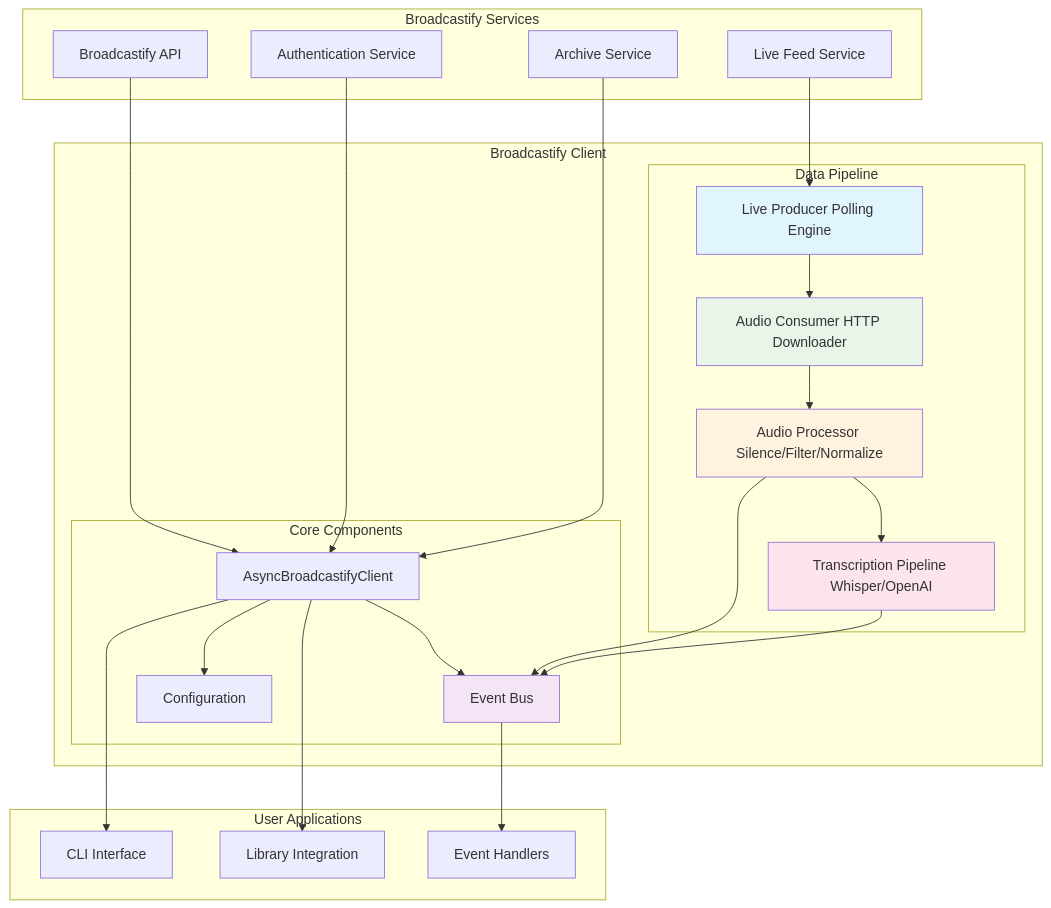
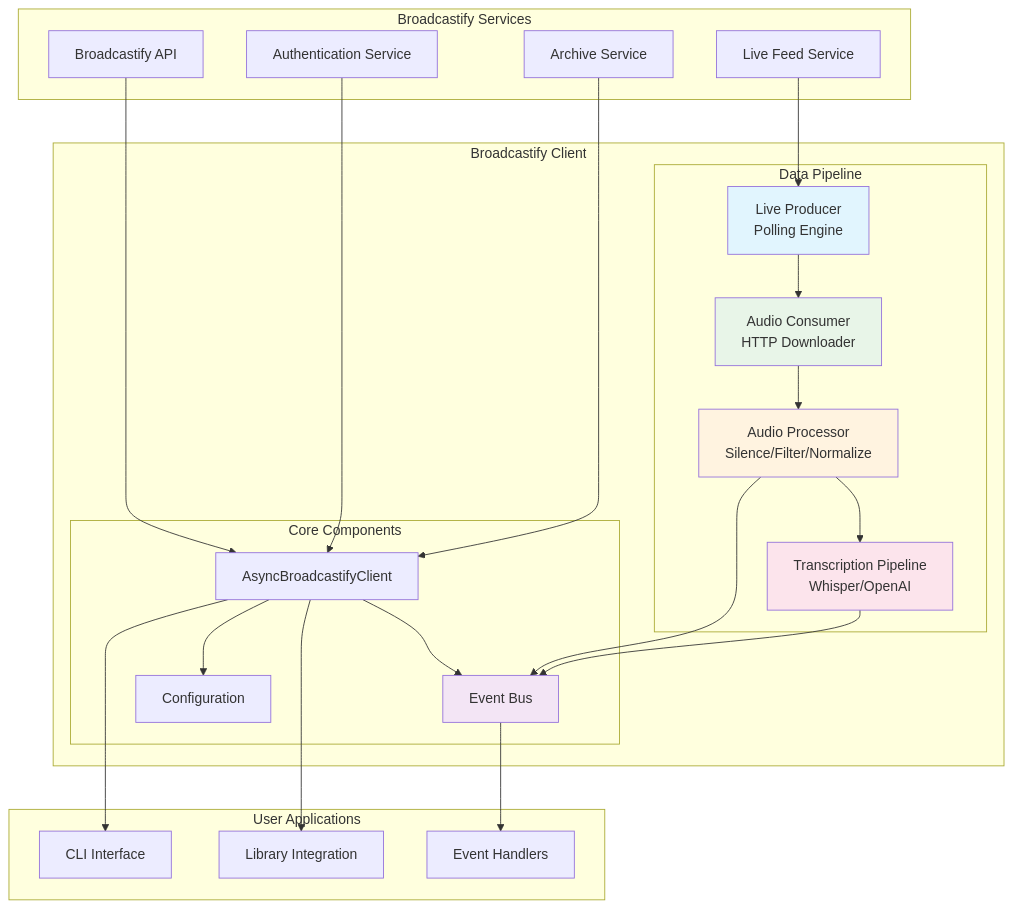
The first of 8 diagrams in README.md (bradsjm/broadcastify-calls), drawn with Mermaid before and after one commit. The commit also changed other lines of this file, not shown here.

````diff
--- a/README.md
+++ b/README.md
@@ -7,54 +7,54 @@
 ```mermaid
 graph TB
     subgraph "Broadcastify Services"
         API[Broadcastify API]
         AUTH[Authentication Service]
         ARCHIVE[Archive Service]
         LIVE[Live Feed Service]
     end
 
     subgraph "Broadcastify Client"
         subgraph "Core Components"
             CLIENT[AsyncBroadcastifyClient]
             EVENTBUS[Event Bus]
             CONFIG[Configuration]
         end
 
         subgraph "Data Pipeline"
-            POLLER[Live Producer Polling Engine]
-            DOWNLOADER[Audio Consumer HTTP Downloader]
-            PROCESSOR[Audio Processor Silence/Filter/Normalize]
-            TRANSCRIBE[Transcription Pipeline Whisper/OpenAI]
+            POLLER[Live Producer<br/>Polling Engine]
+            DOWNLOADER[Audio Consumer<br/>HTTP Downloader]
+            PROCESSOR[Audio Processor<br/>Silence/Filter/Normalize]
+            TRANSCRIBE[Transcription Pipeline<br/>Whisper/OpenAI]
         end
     end
 
     subgraph "User Applications"
         CLI[CLI Interface]
         LIBRARY[Library Integration]
         HANDLERS[Event Handlers]
     end
 
     API --> CLIENT
     AUTH --> CLIENT
     ARCHIVE --> CLIENT
     LIVE --> POLLER
 
     CLIENT --> EVENTBUS
     CLIENT --> CONFIG
 
     POLLER --> DOWNLOADER
     DOWNLOADER --> PROCESSOR
     PROCESSOR --> TRANSCRIBE
     PROCESSOR --> EVENTBUS
     TRANSCRIBE --> EVENTBUS
 
     EVENTBUS --> HANDLERS
     CLIENT --> CLI
     CLIENT --> LIBRARY
 
     style POLLER fill:#e1f5fe
     style DOWNLOADER fill:#e8f5e8
     style PROCESSOR fill:#fff3e0
     style TRANSCRIBE fill:#fce4ec
     style EVENTBUS fill:#f3e5f5
 ```
````
